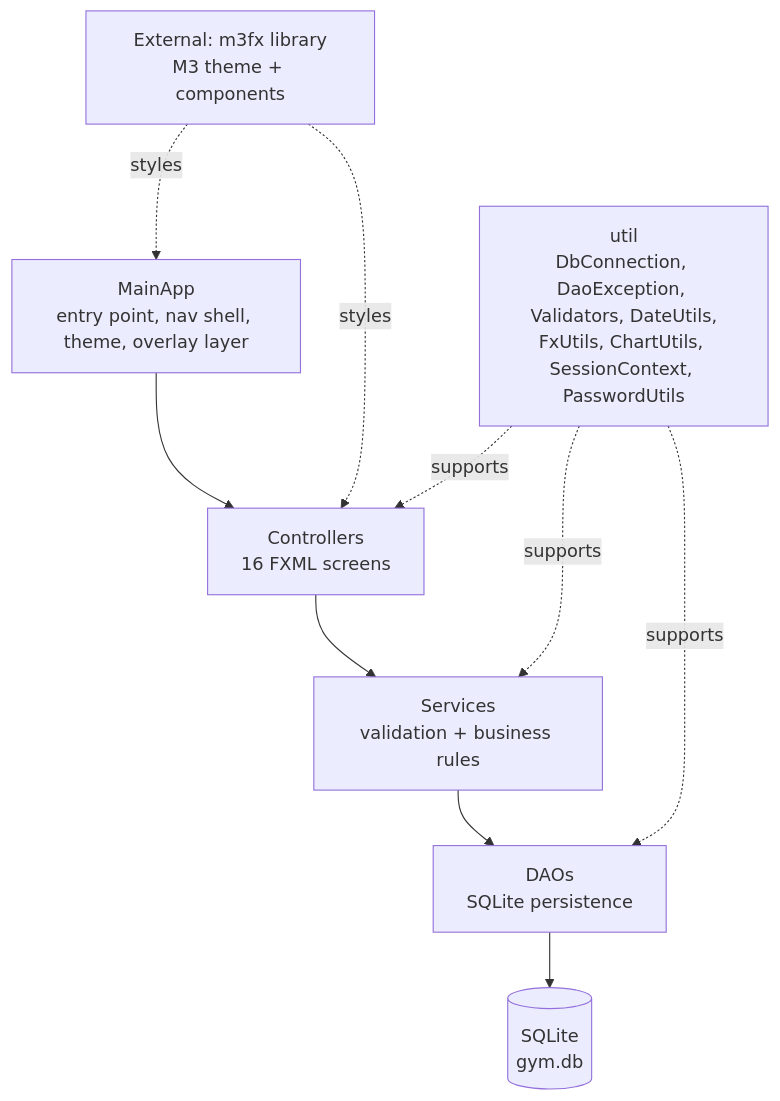
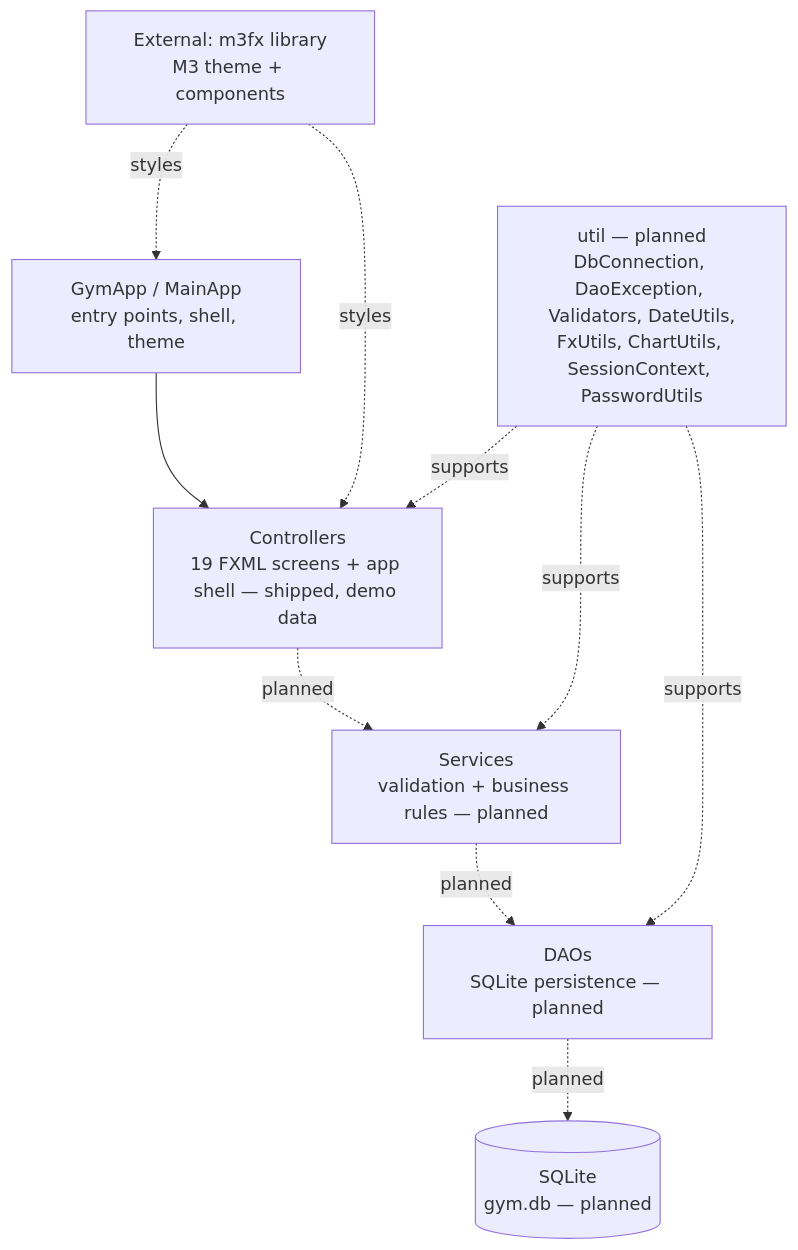
One commit to Agono0/gym-management-system changed the third of 9 diagrams in docs/UML.md. Above: the diagram before and after it, drawn with Mermaid. The commit also changed other lines of this file and 11 other files, not shown here.

First line of the commit message:
docs: honest demo positioning across README, UML, layer docs, AGENTS

````diff
--- a/docs/UML.md
+++ b/docs/UML.md
@@ -566,12 +569,12 @@
 ```mermaid
 flowchart TD
-    APP[MainApp<br/>entry point, nav shell, theme, overlay layer] --> CTRL[Controllers<br/>16 FXML screens]
-    CTRL --> SRV[Services<br/>validation + business rules]
-    SRV --> DAO[DAOs<br/>SQLite persistence]
-    DAO --> DB[(SQLite<br/>gym.db)]
+    APP[GymApp / MainApp<br/>entry points, shell, theme] --> CTRL[Controllers<br/>19 FXML screens + app shell — shipped, demo data]
+    CTRL -. planned .-> SRV[Services<br/>validation + business rules — planned]
+    SRV -. planned .-> DAO[DAOs<br/>SQLite persistence — planned]
+    DAO -. planned .-> DB[(SQLite<br/>gym.db — planned)]
     M3FX[External: m3fx library<br/>M3 theme + components] -. styles .-> APP
     M3FX -. styles .-> CTRL
-    UTIL[util<br/>DbConnection, DaoException, Validators, DateUtils,<br/>FxUtils, ChartUtils, SessionContext, PasswordUtils] -. supports .-> SRV
+    UTIL[util — planned<br/>DbConnection, DaoException, Validators, DateUtils,<br/>FxUtils, ChartUtils, SessionContext, PasswordUtils] -. supports .-> SRV
     UTIL -. supports .-> CTRL
     UTIL -. supports .-> DAO
 ```
````
